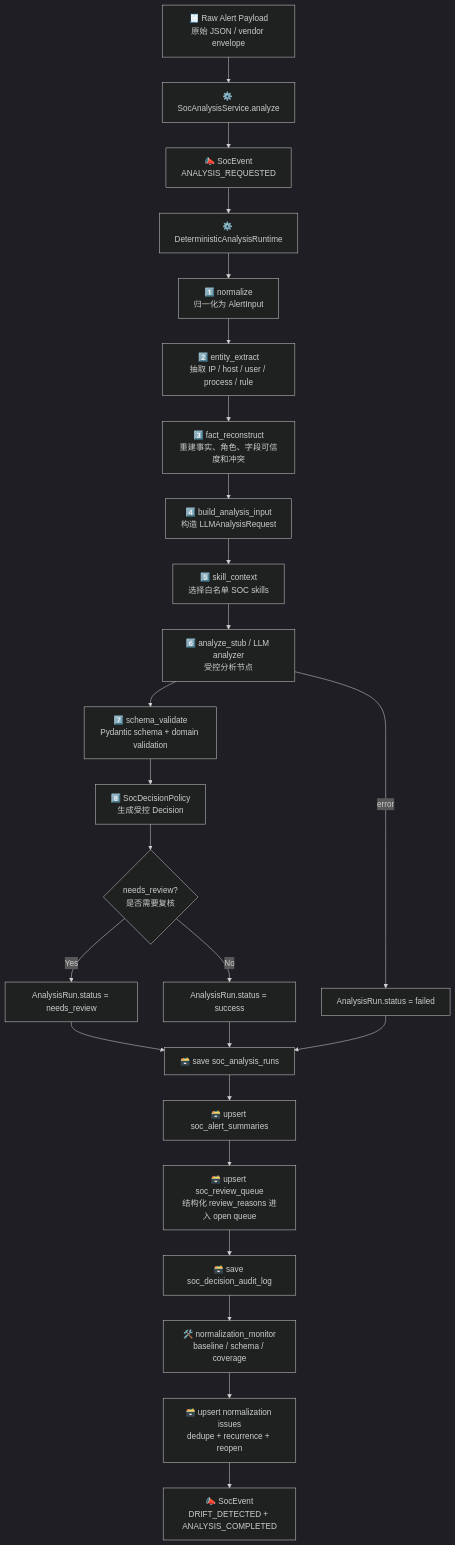
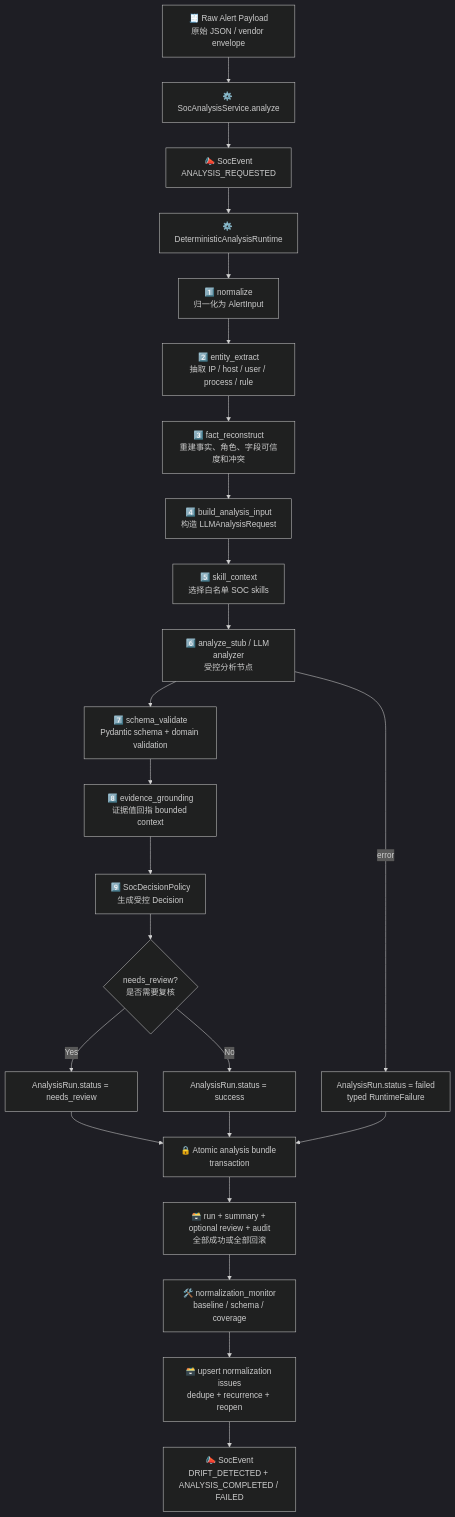
Before and after one commit to yydspanda/deer-flow: the second of 17 diagrams in .notes/ai_soc/alert-lifecycle-flow.md, drawn with Mermaid (dark theme). The commit also changed other lines of this file and 37 other files, not shown here.

Commit message:
feat(soc): complete runtime hardening

````diff
--- a/.notes/ai_soc/alert-lifecycle-flow.md
+++ b/.notes/ai_soc/alert-lifecycle-flow.md
@@ -82,30 +82,29 @@
 ```mermaid
 flowchart TD
     A["🧾 Raw Alert Payload<br/>原始 JSON / vendor envelope"] --> B["⚙️ SocAnalysisService.analyze"]
     B --> C["📣 SocEvent<br/>ANALYSIS_REQUESTED"]
     C --> D["⚙️ DeterministicAnalysisRuntime"]
 
     D --> E["1️⃣ normalize<br/>归一化为 AlertInput"]
     E --> F["2️⃣ entity_extract<br/>抽取 IP / host / user / process / rule"]
     F --> G["3️⃣ fact_reconstruct<br/>重建事实、角色、字段可信度和冲突"]
     G --> H["4️⃣ build_analysis_input<br/>构造 LLMAnalysisRequest"]
     H --> I["5️⃣ skill_context<br/>选择白名单 SOC skills"]
     I --> J["6️⃣ analyze_stub / LLM analyzer<br/>受控分析节点"]
     J --> K["7️⃣ schema_validate<br/>Pydantic schema + domain validation"]
-    K --> L["8️⃣ SocDecisionPolicy<br/>生成受控 Decision"]
+    K --> L["8️⃣ evidence_grounding<br/>证据值回指 bounded context"]
+    L --> M["9️⃣ SocDecisionPolicy<br/>生成受控 Decision"]
 
-    L --> M{"needs_review?<br/>是否需要复核"}
-    M -->|Yes| N["AnalysisRun.status = needs_review"]
-    M -->|No| O["AnalysisRun.status = success"]
-    J -->|error| P["AnalysisRun.status = failed"]
+    M --> N{"needs_review?<br/>是否需要复核"}
+    N -->|Yes| O["AnalysisRun.status = needs_review"]
+    N -->|No| P["AnalysisRun.status = success"]
+    J -->|error| Q["AnalysisRun.status = failed<br/>typed RuntimeFailure"]
 
-    N --> Q["🗃️ save soc_analysis_runs"]
-    O --> Q
-    P --> Q
-    Q --> R["🗃️ upsert soc_alert_summaries"]
-    R --> S["🗃️ upsert soc_review_queue<br/>结构化 review_reasons 进入 open queue"]
-    S --> T["🗃️ save soc_decision_audit_log"]
-    T --> U["🛠️ normalization_monitor<br/>baseline / schema / coverage"]
-    U --> V["🗃️ upsert normalization issues<br/>dedupe + recurrence + reopen"]
-    V --> W["📣 SocEvent<br/>DRIFT_DETECTED + ANALYSIS_COMPLETED"]
+    O --> R["🔒 Atomic analysis bundle transaction"]
+    P --> R
+    Q --> R
+    R --> S["🗃️ run + summary + optional review + audit<br/>全部成功或全部回滚"]
+    S --> T["🛠️ normalization_monitor<br/>baseline / schema / coverage"]
+    T --> U["🗃️ upsert normalization issues<br/>dedupe + recurrence + reopen"]
+    U --> V["📣 SocEvent<br/>DRIFT_DETECTED + ANALYSIS_COMPLETED / FAILED"]
 ```
````
